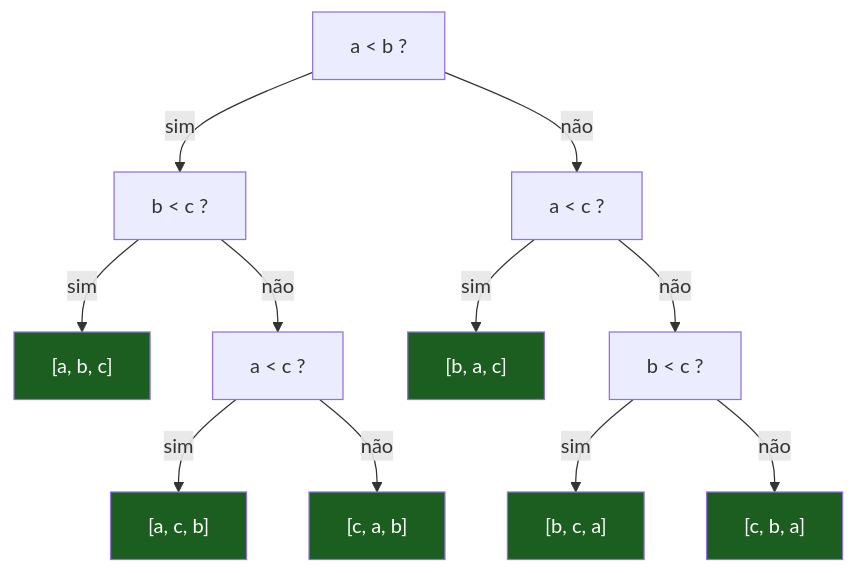
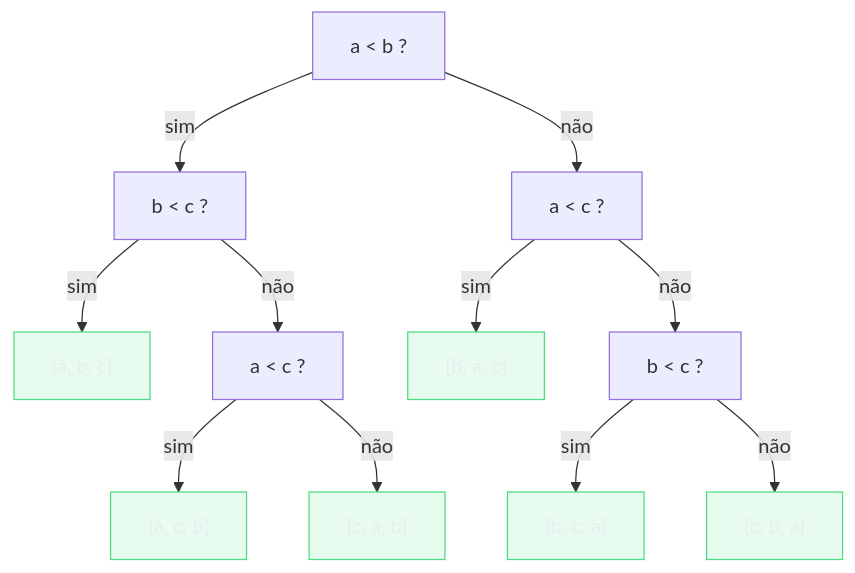
The third of 6 diagrams in 03-Dominios/Ciência/Algoritmos/07 - Ordenação.md (josenaldo/codex-technomanticus), drawn with Mermaid before and after one commit. The commit also changed other lines of this file and 1181 other files, not shown here.

First line of the commit message:
fix(diagramas): paleta do sistema no lugar de cor cravada no markdown

````diff
--- a/03-Dominios/Ciência/Algoritmos/07 - Ordenação.md
+++ b/03-Dominios/Ciência/Algoritmos/07 - Ordenação.md
@@ -172,22 +176,23 @@
 ```mermaid
 flowchart TB
+    classDef ok fill:#4ADE8021,stroke:#4ADE80,color:#E9ECF2
     A["a &lt; b ?"] -->|sim| B["b &lt; c ?"]
     A -->|não| C["a &lt; c ?"]
 
     B -->|sim| F1["[a, b, c]"]
     B -->|não| D["a &lt; c ?"]
     D -->|sim| F2["[a, c, b]"]
     D -->|não| F3["[c, a, b]"]
 
     C -->|sim| F4["[b, a, c]"]
     C -->|não| E["b &lt; c ?"]
     E -->|sim| F5["[b, c, a]"]
     E -->|não| F6["[c, b, a]"]
 
-    style F1 fill:#1b5e20,color:#fff
-    style F2 fill:#1b5e20,color:#fff
-    style F3 fill:#1b5e20,color:#fff
-    style F4 fill:#1b5e20,color:#fff
-    style F5 fill:#1b5e20,color:#fff
-    style F6 fill:#1b5e20,color:#fff
+    class F1 ok
+    class F2 ok
+    class F3 ok
+    class F4 ok
+    class F5 ok
+    class F6 ok
 ```
````
